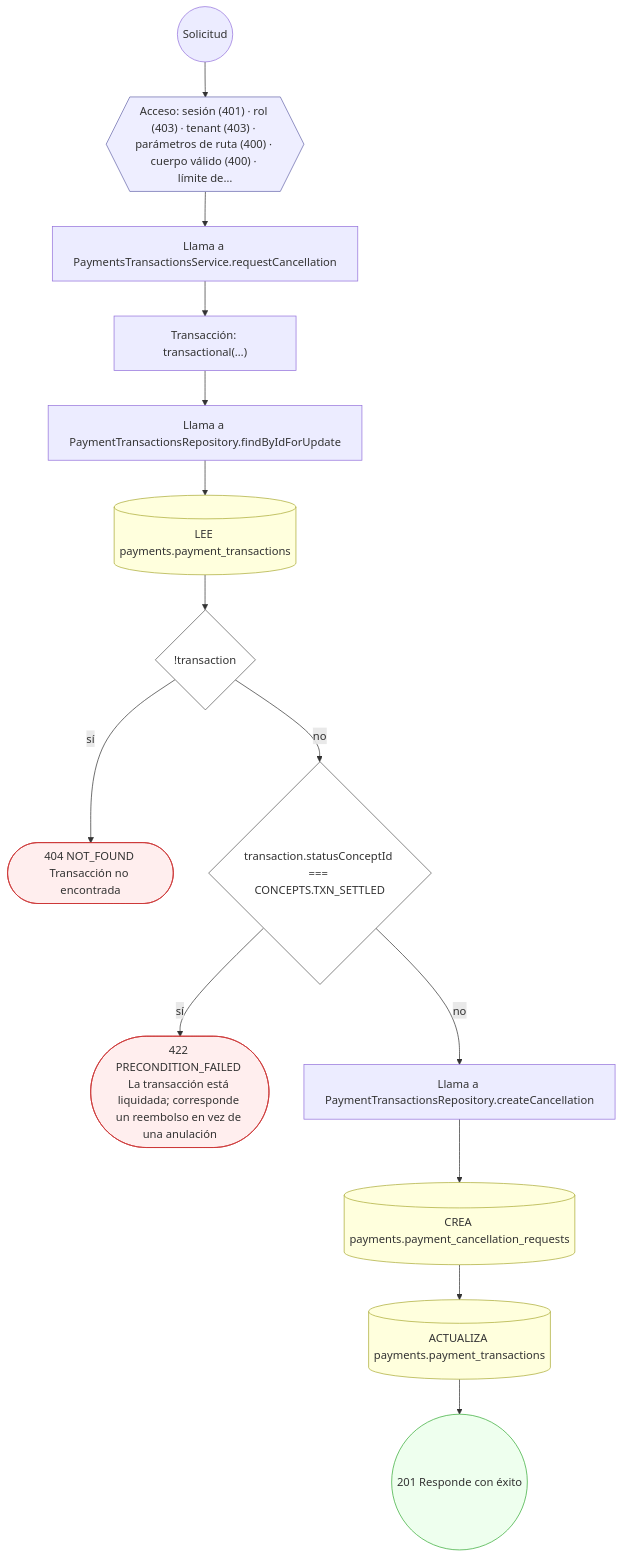
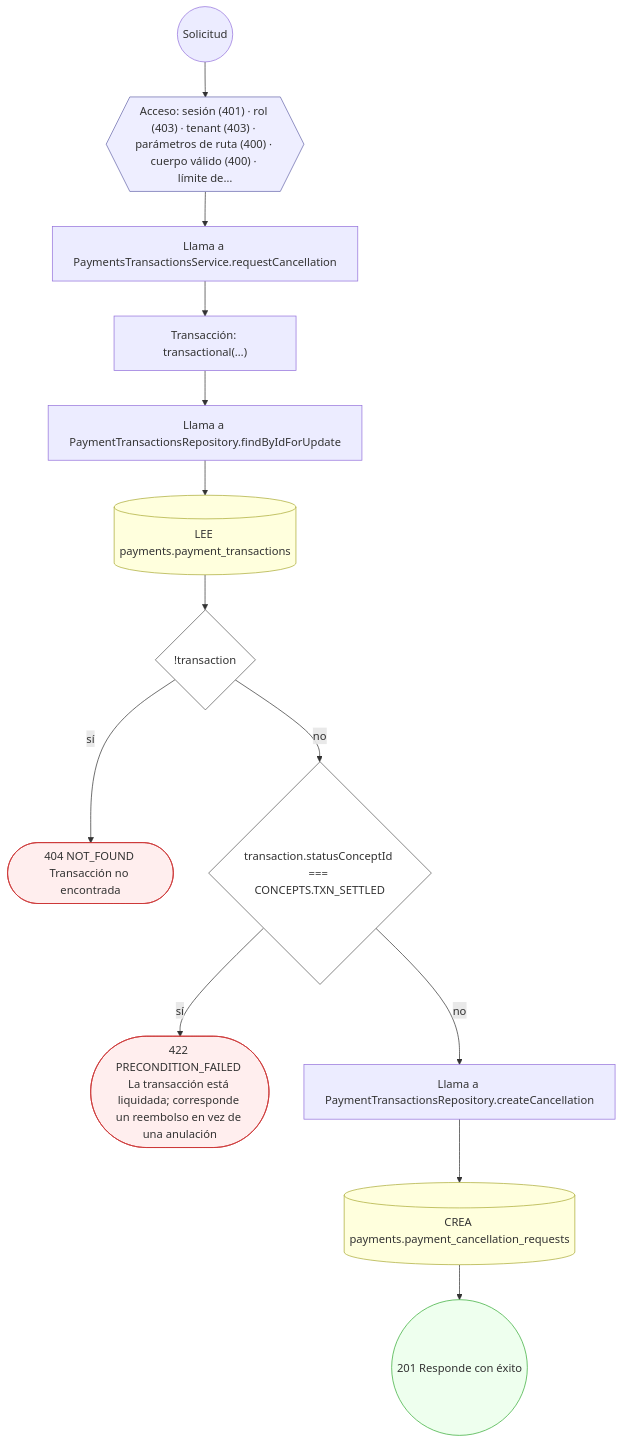
Before and after one commit to mdavila-2001/mantra-core-health-api: diagram 13 of 15 in docs/inventario/flujos/payments.md, drawn with Mermaid. The commit also changed other lines of this file and 451 other files, not shown here.

````diff
--- a/docs/inventario/flujos/payments.md
+++ b/docs/inventario/flujos/payments.md
@@ -800,36 +873,34 @@
 ```mermaid
 flowchart TD
   n1(("Solicitud")):::inicio
   n2{{"Acceso: sesión (401) · rol (403) · tenant (403) · parámetros de ruta (400) · cuerpo válido (400) · límite de…"}}:::acceso
   n1 --> n2
   n3["Llama a PaymentsTransactionsService.requestCancellation"]:::llamada
   n2 --> n3
   n4["Transacción: transactional(…)"]:::transaccion
   n3 --> n4
   n5["Llama a PaymentTransactionsRepository.findByIdForUpdate"]:::llamada
   n4 --> n5
   n6[("LEE payments.payment_transactions")]:::efecto
   n5 --> n6
   n7{"!transaction"}:::decision
   n6 --> n7
   n8(["404 NOT_FOUND Transacción no encontrada"]):::error
   n7 -->|"sí"| n8
   n9{"transaction.statusConceptId === CONCEPTS.TXN_SETTLED"}:::decision
   n7 -->|"no"| n9
   n10(["422 PRECONDITION_FAILED La transacción está liquidada; corresponde un reembolso en vez de una anulación"]):::error
   n9 -->|"sí"| n10
   n11["Llama a PaymentTransactionsRepository.createCancellation"]:::llamada
   n9 -->|"no"| n11
   n12[("CREA payments.payment_cancellation_requests")]:::efecto
   n11 --> n12
-  n13[("ACTUALIZA payments.payment_transactions")]:::efecto
+  n13(("201 Responde con éxito")):::ok
   n12 --> n13
-  n14(("201 Responde con éxito")):::ok
-  n13 --> n14
   classDef acceso fill:#eef,stroke:#66a
   classDef error fill:#fee,stroke:#c33
   classDef ok fill:#efe,stroke:#3a3
   classDef efecto fill:#ffd,stroke:#aa3
   classDef decision fill:#fff,stroke:#555
   classDef corte fill:#eee,stroke:#999,stroke-dasharray: 4
 ```
````
